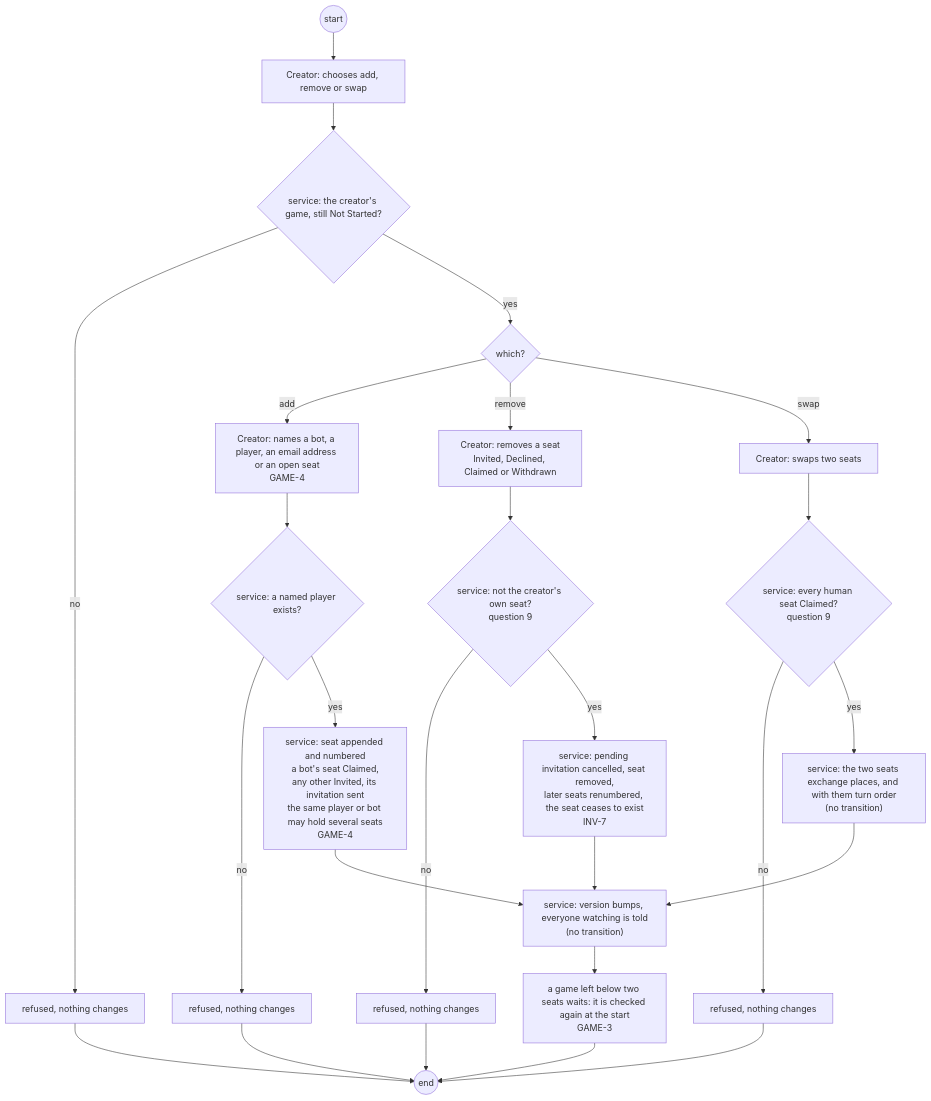
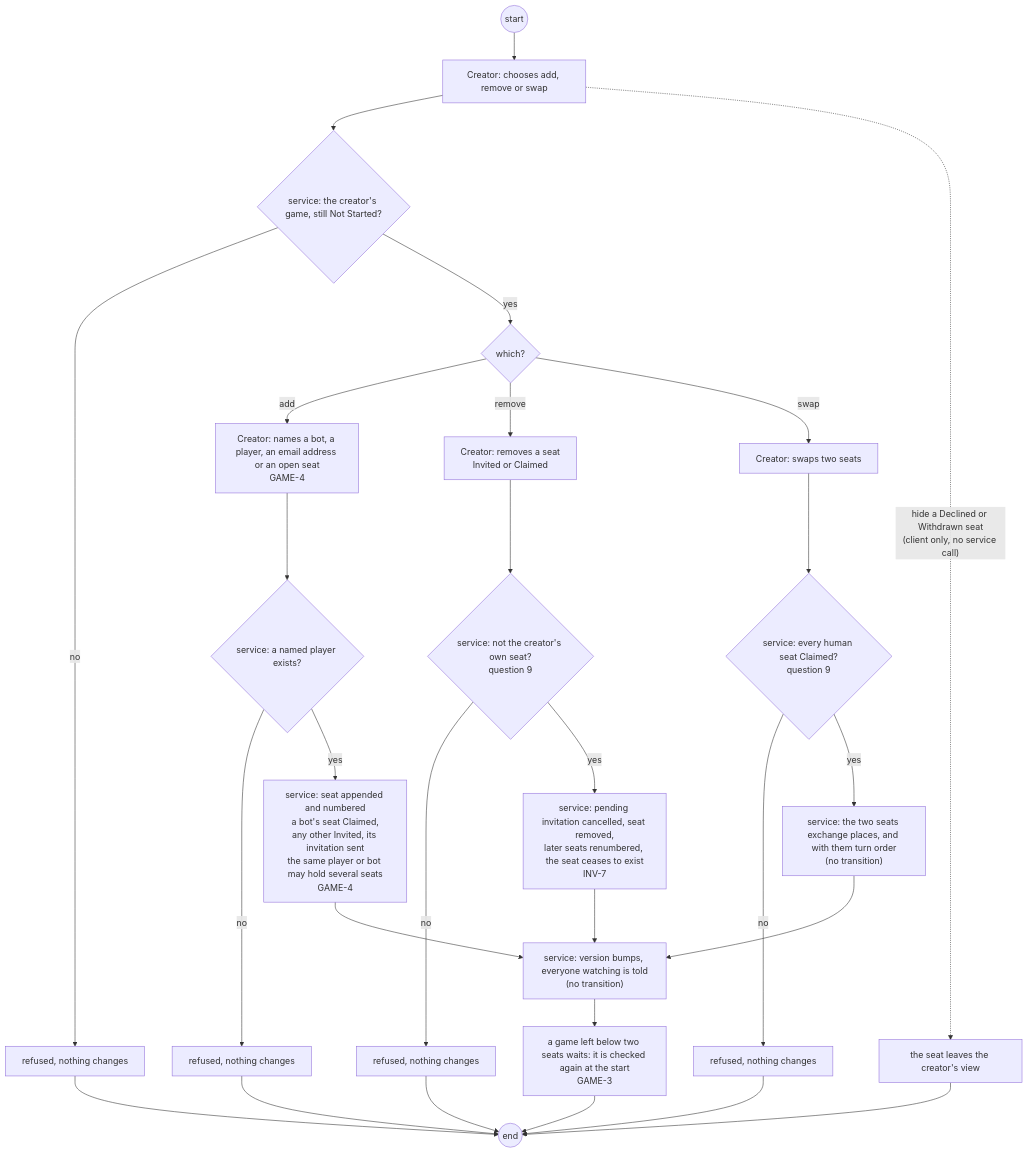
Before and after one commit to delphside/programme: the ninth of 20 diagrams in docs/changes/workstreams/application-game-architecture/71-one-game-model/71-functional.md, drawn with Mermaid. The commit also changed other lines of this file and 1 other file, not shown here.

Commit message:
app 0.9.2 api 2.16: 71: creator hides spent seats in the client before the start
Owner, 2026-10-14: hiding Declined and Withdrawn seats is a UI tweak.
The service keeps them until start drops them; remove now names
Invited or Claimed seats only.

Refs #71

Claude-Session: https://claude.ai/code/session_013RrHRzWMEwTePZNqMB1VMr

````diff
--- a/docs/changes/workstreams/application-game-architecture/71-one-game-model/71-functional.md
+++ b/docs/changes/workstreams/application-game-architecture/71-one-game-model/71-functional.md
@@ -235,28 +237,30 @@
 ```mermaid
 flowchart TD
   s0((start)) --> c1["Creator: chooses add, remove or swap"]
   c1 --> v1{"service: the creator's game, still Not Started?"}
   v1 -- no --> r1["refused, nothing changes"]
   v1 -- yes --> d0{"which?"}
   d0 -- add --> c2["Creator: names a bot, a player, an email address or an open seat<br/>GAME-4"]
   c2 --> v2{"service: a named player exists?"}
   v2 -- no --> r2["refused, nothing changes"]
   v2 -- yes --> t1["service: seat appended and numbered<br/>a bot's seat Claimed,<br/>any other Invited, its invitation sent<br/>the same player or bot may hold several seats<br/>GAME-4"]
-  d0 -- remove --> c3["Creator: removes a seat<br/>Invited, Declined, Claimed or Withdrawn"]
+  c1 -. "hide a Declined or Withdrawn seat<br/>(client only, no service call)" .-> h1["the seat leaves the creator's view"]
+  h1 --> e0
+  d0 -- remove --> c3["Creator: removes a seat<br/>Invited or Claimed"]
   c3 --> v3{"service: not the creator's own seat?<br/>question 9"}
   v3 -- no --> r3["refused, nothing changes"]
   v3 -- yes --> t2["service: pending invitation cancelled, seat removed,<br/>later seats renumbered, the seat ceases to exist<br/>INV-7"]
   d0 -- swap --> c4["Creator: swaps two seats"]
   c4 --> v4{"service: every human seat Claimed?<br/>question 9"}
   v4 -- no --> r4["refused, nothing changes"]
   v4 -- yes --> t3["service: the two seats exchange places, and with them turn order<br/>(no transition)"]
   t1 --> t4["service: version bumps, everyone watching is told<br/>(no transition)"]
   t2 --> t4
   t3 --> t4
   t4 --> n0["a game left below two seats waits: it is checked again at the start<br/>GAME-3"]
   n0 --> e0((end))
   r1 --> e0
   r2 --> e0
   r3 --> e0
   r4 --> e0
 ```
````
